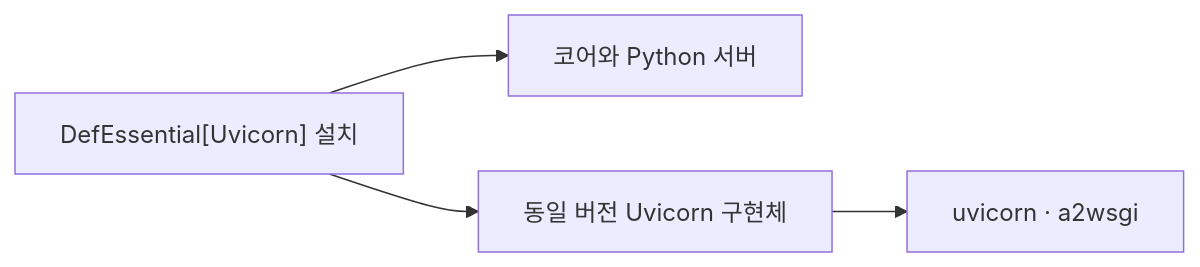
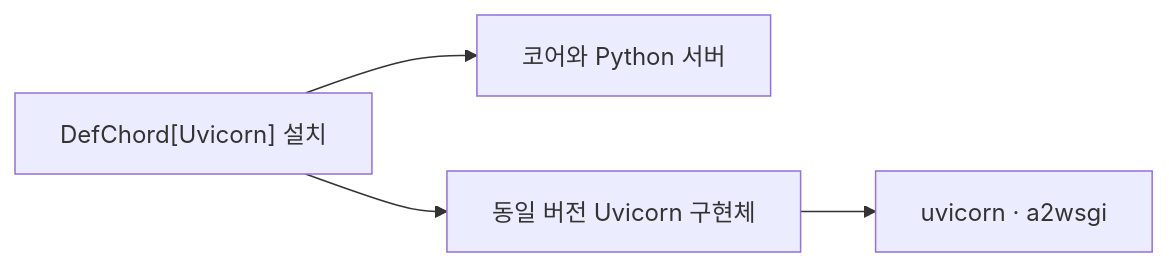
Before and after one commit to yong5eon/DefChord: the diagram in docs/Packaging.md, drawn with Mermaid. The commit also changed other lines of this file and 132 other files, not shown here.

First line of the commit message:
DefChord 제품 식별자와 문서 정리

````diff
--- a/docs/Packaging.md
+++ b/docs/Packaging.md
@@ -11,6 +13,6 @@
 ```mermaid
 flowchart LR
-  A["DefEssential[Uvicorn] 설치"] --> B["코어와 Python 서버"]
+  A["DefChord[Uvicorn] 설치"] --> B["코어와 Python 서버"]
   A --> C["동일 버전 Uvicorn 구현체"]
   C --> D["uvicorn · a2wsgi"]
 ```
````
